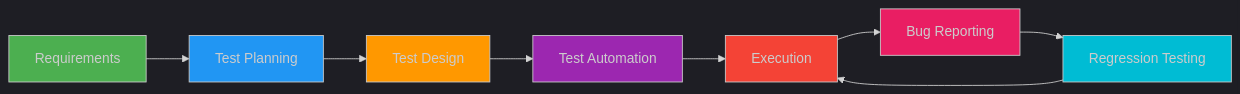
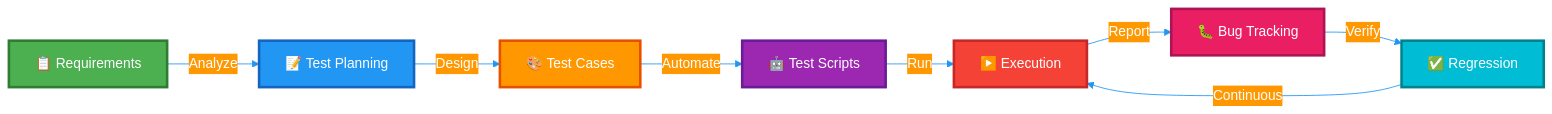
The second of 3 diagrams in README.md (Jobzakung/Jobzakung), drawn with Mermaid before and after one commit. The commit also changed other lines of this file, not shown here.

Commit message:
Fix formatting and update text in README.md

````diff
--- a/README.md
+++ b/README.md
@@ -148,19 +148,19 @@
 ```mermaid
-%%{init: {'theme':'dark'}}%%
-graph LR
-    A[Requirements] --> B[Test Planning]
-    B --> C[Test Design]
-    C --> D[Test Automation]
-    D --> E[Execution]
-    E --> F[Bug Reporting]
-    F --> G[Regression Testing]
-    G --> E
+%%{init: {'theme':'base', 'themeVariables': { 'primaryColor':'#4CAF50', 'primaryTextColor':'#fff', 'primaryBorderColor':'#4CAF50', 'lineColor':'#2196F3', 'secondaryColor':'#FF9800', 'tertiaryColor':'#9C27B0', 'fontSize':'16px'}}}%%
+flowchart LR
+    A[📋 Requirements] -->|Analyze| B[📝 Test Planning]
+    B -->|Design| C[🎨 Test Cases]
+    C -->|Automate| D[🤖 Test Scripts]
+    D -->|Run| E[▶️ Execution]
+    E -->|Report| F[🐛 Bug Tracking]
+    F -->|Verify| G[✅ Regression]
+    G -->|Continuous| E
     
-    style A fill:#4CAF50
-    style B fill:#2196F3
-    style C fill:#FF9800
-    style D fill:#9C27B0
-    style E fill:#F44336
-    style F fill:#E91E63
-    style G fill:#00BCD4
+    style A fill:#4CAF50,stroke:#2E7D32,stroke-width:3px,color:#fff
+    style B fill:#2196F3,stroke:#1565C0,stroke-width:3px,color:#fff
+    style C fill:#FF9800,stroke:#E65100,stroke-width:3px,color:#fff
+    style D fill:#9C27B0,stroke:#6A1B9A,stroke-width:3px,color:#fff
+    style E fill:#F44336,stroke:#C62828,stroke-width:3px,color:#fff
+    style F fill:#E91E63,stroke:#AD1457,stroke-width:3px,color:#fff
+    style G fill:#00BCD4,stroke:#00838F,stroke-width:3px,color:#fff
 ```
````
